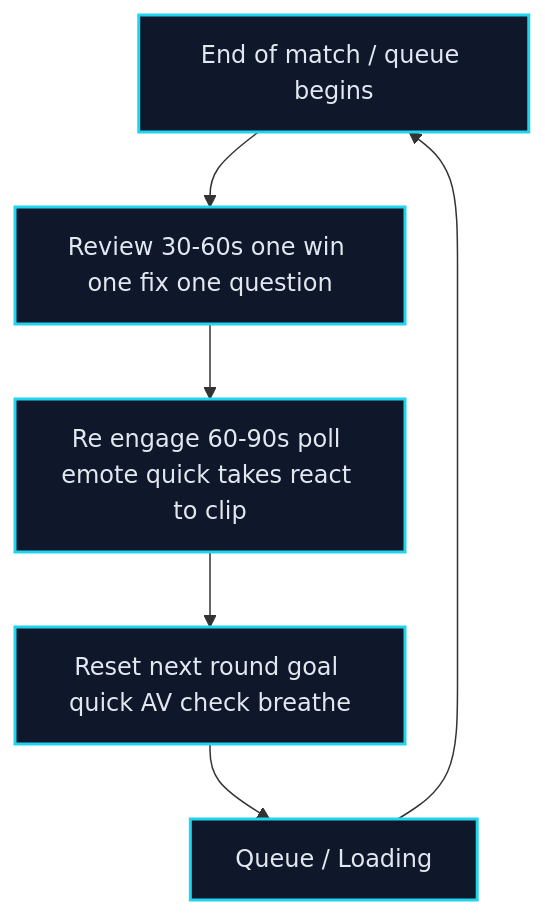
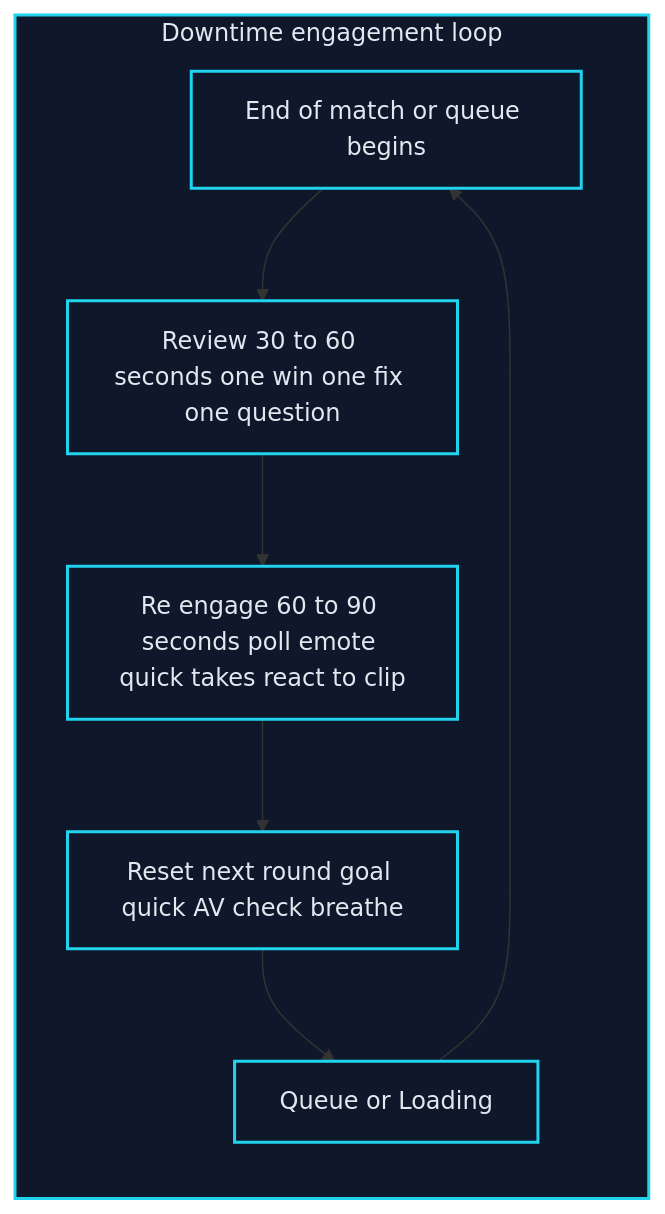
The diagram in public/static/images/keep-chat-alive-when-game-slows-down-downtime-engagement-2025/engagement-loop.mmd (littl3-boat/ttwise), drawn with Mermaid before and after one commit. The commit also changed 5 other files, not shown here.

Commit message:
docs(blog): add detailed diagram explanations for game selection and chat engagement strategies

```diff
--- a/public/static/images/keep-chat-alive-when-game-slows-down-downtime-engagement-2025/engagement-loop.mmd
+++ b/public/static/images/keep-chat-alive-when-game-slows-down-downtime-engagement-2025/engagement-loop.mmd
@@ -1,9 +1,11 @@
-flowchart TD
-  A[End of match / queue begins] --> B[Review 30-60s one win one fix one question]
-  B --> C[Re engage 60-90s poll emote quick takes react to clip]
-  C --> D[Reset next round goal quick AV check breathe]
-  D --> E[Queue / Loading]
-  E --> A
+flowchart LR
+  subgraph Loop[Downtime engagement loop]
+    A[End of match or queue begins] --> B[Review 30 to 60 seconds one win one fix one question]
+    B --> C[Re engage 60 to 90 seconds poll emote quick takes react to clip]
+    C --> D[Reset next round goal quick AV check breathe]
+    D --> E[Queue or Loading]
+    E --> A
+  end
 
   classDef step fill:#0f172a,stroke:#22d3ee,stroke-width:2px,color:#e2e8f0;
-  class A,B,C,D,E step;
+  class A,B,C,D,E,Loop step;
```
